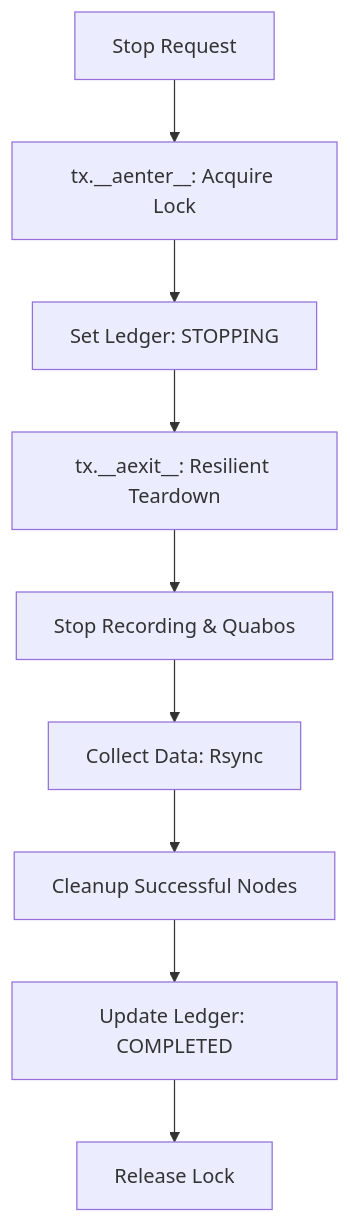
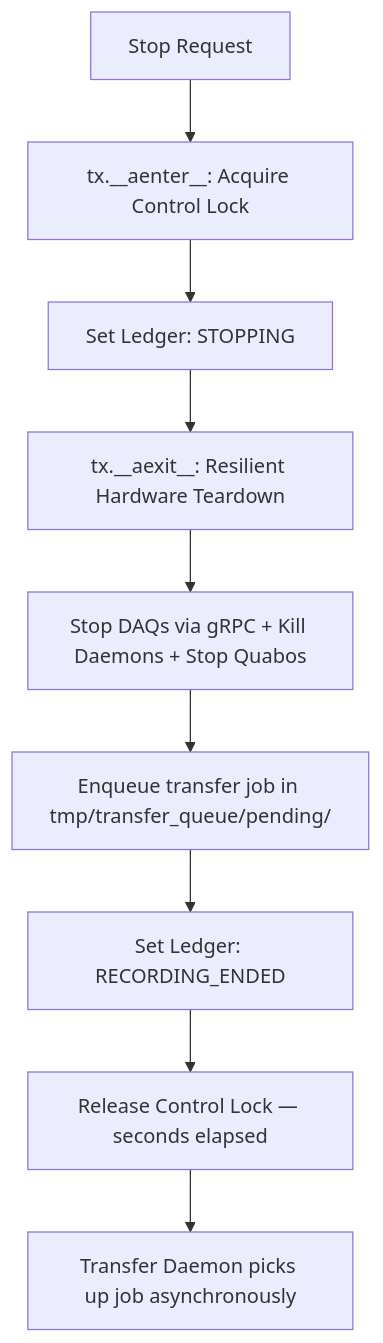
The second of 4 diagrams in control/TRANSACTIONS.md (panoseti/panoseti), drawn with Mermaid before and after one commit. The commit also changed other lines of this file and 4 other files, not shown here.

First line of the commit message:
docs: update all docs for decoupled transfer pipeline and Phase 1 gRPC

````diff
--- a/control/TRANSACTIONS.md
+++ b/control/TRANSACTIONS.md
@@ -80,11 +109,11 @@
 ```mermaid
 flowchart TD
-    A[Stop Request] --> B[tx.__aenter__: Acquire Lock]
+    A[Stop Request] --> B[tx.__aenter__: Acquire Control Lock]
     B --> C[Set Ledger: STOPPING]
-    C --> D[tx.__aexit__: Resilient Teardown]
-    D --> E[Stop Recording & Quabos]
-    E --> F[Collect Data: Rsync]
-    F --> G[Cleanup Successful Nodes]
-    G --> H[Update Ledger: COMPLETED]
-    H --> I[Release Lock]
+    C --> D[tx.__aexit__: Resilient Hardware Teardown]
+    D --> E[Stop DAQs via gRPC + Kill Daemons + Stop Quabos]
+    E --> F[Enqueue transfer job in tmp/transfer_queue/pending/]
+    F --> G[Set Ledger: RECORDING_ENDED]
+    G --> H[Release Control Lock — seconds elapsed]
+    H --> I[Transfer Daemon picks up job asynchronously]
 ```
````
